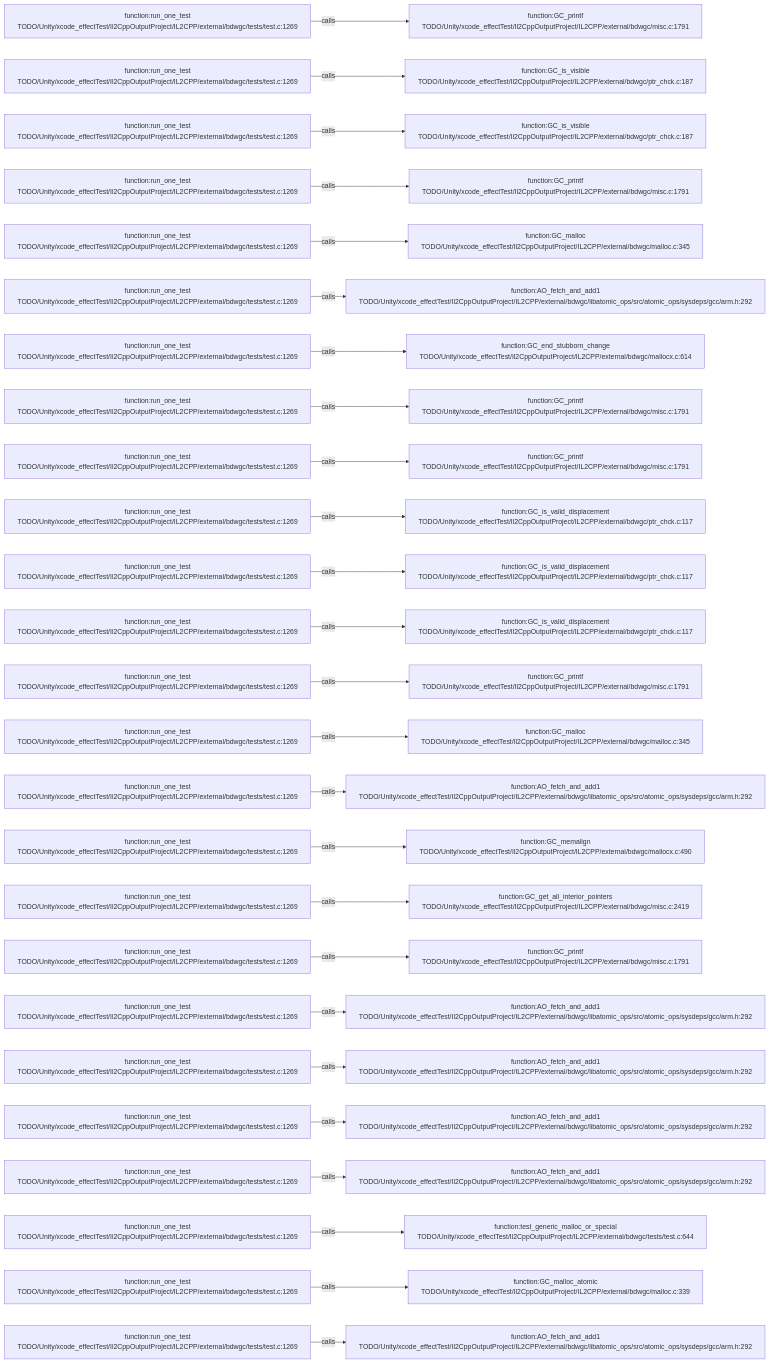
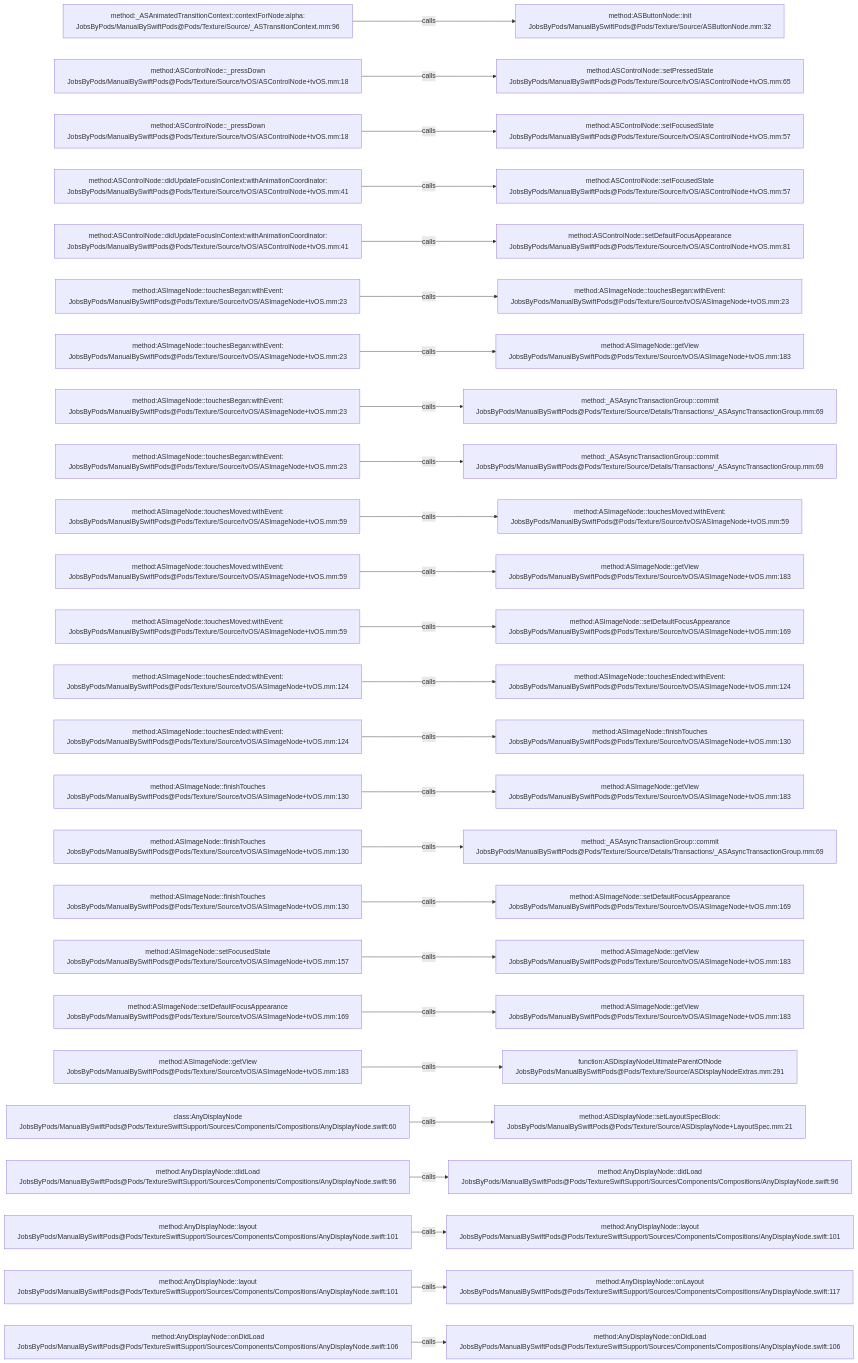
Before and after one commit to JobsKits/JobsSwiftBaseConfigDemo: the diagram in .codegraph/codegraph.md/graphs/calls-171.md, drawn with Mermaid. The commit also changed 2959 other files, not shown here.

````diff
--- a/.codegraph/codegraph.md/graphs/calls-171.md
+++ b/.codegraph/codegraph.md/graphs/calls-171.md
@@ -13,78 +13,78 @@
 ```mermaid
 flowchart LR
-  S1["function:run_one_test<br/>TODO/Unity/xcode_effectTest/Il2CppOutputProject/IL2CPP/external/bdwgc/tests/test.c:1269"]
-  T1["function:GC_printf<br/>TODO/Unity/xcode_effectTest/Il2CppOutputProject/IL2CPP/external/bdwgc/misc.c:1791"]
+  S1["method:_ASAnimatedTransitionContext::contextForNode:alpha:<br/>JobsByPods/ManualBySwiftPods@Pods/Texture/Source/_ASTransitionContext.mm:96"]
+  T1["method:ASButtonNode::init<br/>JobsByPods/ManualBySwiftPods@Pods/Texture/Source/ASButtonNode.mm:32"]
   S1 -->|calls| T1
-  S2["function:run_one_test<br/>TODO/Unity/xcode_effectTest/Il2CppOutputProject/IL2CPP/external/bdwgc/tests/test.c:1269"]
-  T2["function:GC_is_visible<br/>TODO/Unity/xcode_effectTest/Il2CppOutputProject/IL2CPP/external/bdwgc/ptr_chck.c:187"]
+  S2["method:ASControlNode::_pressDown<br/>JobsByPods/ManualBySwiftPods@Pods/Texture/Source/tvOS/ASControlNode+tvOS.mm:18"]
+  T2["method:ASControlNode::setPressedState<br/>JobsByPods/ManualBySwiftPods@Pods/Texture/Source/tvOS/ASControlNode+tvOS.mm:65"]
   S2 -->|calls| T2
-  S3["function:run_one_test<br/>TODO/Unity/xcode_effectTest/Il2CppOutputProject/IL2CPP/external/bdwgc/tests/test.c:1269"]
-  T3["function:GC_is_visible<br/>TODO/Unity/xcode_effectTest/Il2CppOutputProject/IL2CPP/external/bdwgc/ptr_chck.c:187"]
+  S3["method:ASControlNode::_pressDown<br/>JobsByPods/ManualBySwiftPods@Pods/Texture/Source/tvOS/ASControlNode+tvOS.mm:18"]
+  T3["method:ASControlNode::setFocusedState<br/>JobsByPods/ManualBySwiftPods@Pods/Texture/Source/tvOS/ASControlNode+tvOS.mm:57"]
   S3 -->|calls| T3
-  S4["function:run_one_test<br/>TODO/Unity/xcode_effectTest/Il2CppOutputProject/IL2CPP/external/bdwgc/tests/test.c:1269"]
-  T4["function:GC_printf<br/>TODO/Unity/xcode_effectTest/Il2CppOutputProject/IL2CPP/external/bdwgc/misc.c:1791"]
+  S4["method:ASControlNode::didUpdateFocusInContext:withAnimationCoordinator:<br/>JobsByPods/ManualBySwiftPods@Pods/Texture/Source/tvOS/ASControlNode+tvOS.mm:41"]
+  T4["method:ASControlNode::setFocusedState<br/>JobsByPods/ManualBySwiftPods@Pods/Texture/Source/tvOS/ASControlNode+tvOS.mm:57"]
   S4 -->|calls| T4
-  S5["function:run_one_test<br/>TODO/Unity/xcode_effectTest/Il2CppOutputProject/IL2CPP/external/bdwgc/tests/test.c:1269"]
-  T5["function:GC_malloc<br/>TODO/Unity/xcode_effectTest/Il2CppOutputProject/IL2CPP/external/bdwgc/malloc.c:345"]
+  S5["method:ASControlNode::didUpdateFocusInContext:withAnimationCoordinator:<br/>JobsByPods/ManualBySwiftPods@Pods/Texture/Source/tvOS/ASControlNode+tvOS.mm:41"]
+  T5["method:ASControlNode::setDefaultFocusAppearance<br/>JobsByPods/ManualBySwiftPods@Pods/Texture/Source/tvOS/ASControlNode+tvOS.mm:81"]
   S5 -->|calls| T5
-  S6["function:run_one_test<br/>TODO/Unity/xcode_effectTest/Il2CppOutputProject/IL2CPP/external/bdwgc/tests/test.c:1269"]
-  T6["function:AO_fetch_and_add1<br/>TODO/Unity/xcode_effectTest/Il2CppOutputProject/IL2CPP/external/bdwgc/libatomic_ops/src/atomic_ops/sysdeps/gcc/arm.h:292"]
+  S6["method:ASImageNode::touchesBegan:withEvent:<br/>JobsByPods/ManualBySwiftPods@Pods/Texture/Source/tvOS/ASImageNode+tvOS.mm:23"]
+  T6["method:ASImageNode::touchesBegan:withEvent:<br/>JobsByPods/ManualBySwiftPods@Pods/Texture/Source/tvOS/ASImageNode+tvOS.mm:23"]
   S6 -->|calls| T6
-  S7["function:run_one_test<br/>TODO/Unity/xcode_effectTest/Il2CppOutputProject/IL2CPP/external/bdwgc/tests/test.c:1269"]
-  T7["function:GC_end_stubborn_change<br/>TODO/Unity/xcode_effectTest/Il2CppOutputProject/IL2CPP/external/bdwgc/mallocx.c:614"]
+  S7["method:ASImageNode::touchesBegan:withEvent:<br/>JobsByPods/ManualBySwiftPods@Pods/Texture/Source/tvOS/ASImageNode+tvOS.mm:23"]
+  T7["method:ASImageNode::getView<br/>JobsByPods/ManualBySwiftPods@Pods/Texture/Source/tvOS/ASImageNode+tvOS.mm:183"]
   S7 -->|calls| T7
-  S8["function:run_one_test<br/>TODO/Unity/xcode_effectTest/Il2CppOutputProject/IL2CPP/external/bdwgc/tests/test.c:1269"]
-  T8["function:GC_printf<br/>TODO/Unity/xcode_effectTest/Il2CppOutputProject/IL2CPP/external/bdwgc/misc.c:1791"]
+  S8["method:ASImageNode::touchesBegan:withEvent:<br/>JobsByPods/ManualBySwiftPods@Pods/Texture/Source/tvOS/ASImageNode+tvOS.mm:23"]
+  T8["method:_ASAsyncTransactionGroup::commit<br/>JobsByPods/ManualBySwiftPods@Pods/Texture/Source/Details/Transactions/_ASAsyncTransactionGroup.mm:69"]
   S8 -->|calls| T8
-  S9["function:run_one_test<br/>TODO/Unity/xcode_effectTest/Il2CppOutputProject/IL2CPP/external/bdwgc/tests/test.c:1269"]
-  T9["function:GC_printf<br/>TODO/Unity/xcode_effectTest/Il2CppOutputProject/IL2CPP/external/bdwgc/misc.c:1791"]
+  S9["method:ASImageNode::touchesBegan:withEvent:<br/>JobsByPods/ManualBySwiftPods@Pods/Texture/Source/tvOS/ASImageNode+tvOS.mm:23"]
+  T9["method:_ASAsyncTransactionGroup::commit<br/>JobsByPods/ManualBySwiftPods@Pods/Texture/Source/Details/Transactions/_ASAsyncTransactionGroup.mm:69"]
   S9 -->|calls| T9
-  S10["function:run_one_test<br/>TODO/Unity/xcode_effectTest/Il2CppOutputProject/IL2CPP/external/bdwgc/tests/test.c:1269"]
-  T10["function:GC_is_valid_displacement<br/>TODO/Unity/xcode_effectTest/Il2CppOutputProject/IL2CPP/external/bdwgc/ptr_chck.c:117"]
+  S10["method:ASImageNode::touchesMoved:withEvent:<br/>JobsByPods/ManualBySwiftPods@Pods/Texture/Source/tvOS/ASImageNode+tvOS.mm:59"]
+  T10["method:ASImageNode::touchesMoved:withEvent:<br/>JobsByPods/ManualBySwiftPods@Pods/Texture/Source/tvOS/ASImageNode+tvOS.mm:59"]
   S10 -->|calls| T10
-  S11["function:run_one_test<br/>TODO/Unity/xcode_effectTest/Il2CppOutputProject/IL2CPP/external/bdwgc/tests/test.c:1269"]
-  T11["function:GC_is_valid_displacement<br/>TODO/Unity/xcode_effectTest/Il2CppOutputProject/IL2CPP/external/bdwgc/ptr_chck.c:117"]
+  S11["method:ASImageNode::touchesMoved:withEvent:<br/>JobsByPods/ManualBySwiftPods@Pods/Texture/Source/tvOS/ASImageNode+tvOS.mm:59"]
+  T11["method:ASImageNode::getView<br/>JobsByPods/ManualBySwiftPods@Pods/Texture/Source/tvOS/ASImageNode+tvOS.mm:183"]
   S11 -->|calls| T11
-  S12["function:run_one_test<br/>TODO/Unity/xcode_effectTest/Il2CppOutputProject/IL2CPP/external/bdwgc/tests/test.c:1269"]
-  T12["function:GC_is_valid_displacement<br/>TODO/Unity/xcode_effectTest/Il2CppOutputProject/IL2CPP/external/bdwgc/ptr_chck.c:117"]
+  S12["method:ASImageNode::touchesMoved:withEvent:<br/>JobsByPods/ManualBySwiftPods@Pods/Texture/Source/tvOS/ASImageNode+tvOS.mm:59"]
+  T12["method:ASImageNode::setDefaultFocusAppearance<br/>JobsByPods/ManualBySwiftPods@Pods/Texture/Source/tvOS/ASImageNode+tvOS.mm:169"]
   S12 -->|calls| T12
-  S13["function:run_one_test<br/>TODO/Unity/xcode_effectTest/Il2CppOutputProject/IL2CPP/external/bdwgc/tests/test.c:1269"]
-  T13["function:GC_printf<br/>TODO/Unity/xcode_effectTest/Il2CppOutputProject/IL2CPP/external/bdwgc/misc.c:1791"]
+  S13["method:ASImageNode::touchesEnded:withEvent:<br/>JobsByPods/ManualBySwiftPods@Pods/Texture/Source/tvOS/ASImageNode+tvOS.mm:124"]
+  T13["method:ASImageNode::touchesEnded:withEvent:<br/>JobsByPods/ManualBySwiftPods@Pods/Texture/Source/tvOS/ASImageNode+tvOS.mm:124"]
   S13 -->|calls| T13
-  S14["function:run_one_test<br/>TODO/Unity/xcode_effectTest/Il2CppOutputProject/IL2CPP/external/bdwgc/tests/test.c:1269"]
-  T14["function:GC_malloc<br/>TODO/Unity/xcode_effectTest/Il2CppOutputProject/IL2CPP/external/bdwgc/malloc.c:345"]
+  S14["method:ASImageNode::touchesEnded:withEvent:<br/>JobsByPods/ManualBySwiftPods@Pods/Texture/Source/tvOS/ASImageNode+tvOS.mm:124"]
+  T14["method:ASImageNode::finishTouches<br/>JobsByPods/ManualBySwiftPods@Pods/Texture/Source/tvOS/ASImageNode+tvOS.mm:130"]
   S14 -->|calls| T14
-  S15["function:run_one_test<br/>TODO/Unity/xcode_effectTest/Il2CppOutputProject/IL2CPP/external/bdwgc/tests/test.c:1269"]
-  T15["function:AO_fetch_and_add1<br/>TODO/Unity/xcode_effectTest/Il2CppOutputProject/IL2CPP/external/bdwgc/libatomic_ops/src/atomic_ops/sysdeps/gcc/arm.h:292"]
+  S15["method:ASImageNode::finishTouches<br/>JobsByPods/ManualBySwiftPods@Pods/Texture/Source/tvOS/ASImageNode+tvOS.mm:130"]
+  T15["method:ASImageNode::getView<br/>JobsByPods/ManualBySwiftPods@Pods/Texture/Source/tvOS/ASImageNode+tvOS.mm:183"]
   S15 -->|calls| T15
-  S16["function:run_one_test<br/>TODO/Unity/xcode_effectTest/Il2CppOutputProject/IL2CPP/external/bdwgc/tests/test.c:1269"]
-  T16["function:GC_memalign<br/>TODO/Unity/xcode_effectTest/Il2CppOutputProject/IL2CPP/external/bdwgc/mallocx.c:490"]
+  S16["method:ASImageNode::finishTouches<br/>JobsByPods/ManualBySwiftPods@Pods/Texture/Source/tvOS/ASImageNode+tvOS.mm:130"]
+  T16["method:_ASAsyncTransactionGroup::commit<br/>JobsByPods/ManualBySwiftPods@Pods/Texture/Source/Details/Transactions/_ASAsyncTransactionGroup.mm:69"]
   S16 -->|calls| T16
-  S17["function:run_one_test<br/>TODO/Unity/xcode_effectTest/Il2CppOutputProject/IL2CPP/external/bdwgc/tests/test.c:1269"]
-  T17["function:GC_get_all_interior_pointers<br/>TODO/Unity/xcode_effectTest/Il2CppOutputProject/IL2CPP/external/bdwgc/misc.c:2419"]
+  S17["method:ASImageNode::finishTouches<br/>JobsByPods/ManualBySwiftPods@Pods/Texture/Source/tvOS/ASImageNode+tvOS.mm:130"]
+  T17["method:ASImageNode::setDefaultFocusAppearance<br/>JobsByPods/ManualBySwiftPods@Pods/Texture/Source/tvOS/ASImageNode+tvOS.mm:169"]
   S17 -->|calls| T17
-  S18["function:run_one_test<br/>TODO/Unity/xcode_effectTest/Il2CppOutputProject/IL2CPP/external/bdwgc/tests/test.c:1269"]
-  T18["function:GC_printf<br/>TODO/Unity/xcode_effectTest/Il2CppOutputProject/IL2CPP/external/bdwgc/misc.c:1791"]
+  S18["method:ASImageNode::setFocusedState<br/>JobsByPods/ManualBySwiftPods@Pods/Texture/Source/tvOS/ASImageNode+tvOS.mm:157"]
+  T18["method:ASImageNode::getView<br/>JobsByPods/ManualBySwiftPods@Pods/Texture/Source/tvOS/ASImageNode+tvOS.mm:183"]
   S18 -->|calls| T18
-  S19["function:run_one_test<br/>TODO/Unity/xcode_effectTest/Il2CppOutputProject/IL2CPP/external/bdwgc/tests/test.c:1269"]
-  T19["function:AO_fetch_and_add1<br/>TODO/Unity/xcode_effectTest/Il2CppOutputProject/IL2CPP/external/bdwgc/libatomic_ops/src/atomic_ops/sysdeps/gcc/arm.h:292"]
+  S19["method:ASImageNode::setDefaultFocusAppearance<br/>JobsByPods/ManualBySwiftPods@Pods/Texture/Source/tvOS/ASImageNode+tvOS.mm:169"]
+  T19["method:ASImageNode::getView<br/>JobsByPods/ManualBySwiftPods@Pods/Texture/Source/tvOS/ASImageNode+tvOS.mm:183"]
   S19 -->|calls| T19
-  S20["function:run_one_test<br/>TODO/Unity/xcode_effectTest/Il2CppOutputProject/IL2CPP/external/bdwgc/tests/test.c:1269"]
-  T20["function:AO_fetch_and_add1<br/>TODO/Unity/xcode_effectTest/Il2CppOutputProject/IL2CPP/external/bdwgc/libatomic_ops/src/atomic_ops/sysdeps/gcc/arm.h:292"]
+  S20["method:ASImageNode::getView<br/>JobsByPods/ManualBySwiftPods@Pods/Texture/Source/tvOS/ASImageNode+tvOS.mm:183"]
+  T20["function:ASDisplayNodeUltimateParentOfNode<br/>JobsByPods/ManualBySwiftPods@Pods/Texture/Source/ASDisplayNodeExtras.mm:291"]
   S20 -->|calls| T20
-  S21["function:run_one_test<br/>TODO/Unity/xcode_effectTest/Il2CppOutputProject/IL2CPP/external/bdwgc/tests/test.c:1269"]
-  T21["function:AO_fetch_and_add1<br/>TODO/Unity/xcode_effectTest/Il2CppOutputProject/IL2CPP/external/bdwgc/libatomic_ops/src/atomic_ops/sysdeps/gcc/arm.h:292"]
+  S21["class:AnyDisplayNode<br/>JobsByPods/ManualBySwiftPods@Pods/TextureSwiftSupport/Sources/Components/Compositions/AnyDisplayNode.swift:60"]
+  T21["method:ASDisplayNode::setLayoutSpecBlock:<br/>JobsByPods/ManualBySwiftPods@Pods/Texture/Source/ASDisplayNode+LayoutSpec.mm:21"]
   S21 -->|calls| T21
-  S22["function:run_one_test<br/>TODO/Unity/xcode_effectTest/Il2CppOutputProject/IL2CPP/external/bdwgc/tests/test.c:1269"]
-  T22["function:AO_fetch_and_add1<br/>TODO/Unity/xcode_effectTest/Il2CppOutputProject/IL2CPP/external/bdwgc/libatomic_ops/src/atomic_ops/sysdeps/gcc/arm.h:292"]
+  S22["method:AnyDisplayNode::didLoad<br/>JobsByPods/ManualBySwiftPods@Pods/TextureSwiftSupport/Sources/Components/Compositions/AnyDisplayNode.swift:96"]
+  T22["method:AnyDisplayNode::didLoad<br/>JobsByPods/ManualBySwiftPods@Pods/TextureSwiftSupport/Sources/Components/Compositions/AnyDisplayNode.swift:96"]
   S22 -->|calls| T22
-  S23["function:run_one_test<br/>TODO/Unity/xcode_effectTest/Il2CppOutputProject/IL2CPP/external/bdwgc/tests/test.c:1269"]
-  T23["function:test_generic_malloc_or_special<br/>TODO/Unity/xcode_effectTest/Il2CppOutputProject/IL2CPP/external/bdwgc/tests/test.c:644"]
+  S23["method:AnyDisplayNode::layout<br/>JobsByPods/ManualBySwiftPods@Pods/TextureSwiftSupport/Sources/Components/Compositions/AnyDisplayNode.swift:101"]
+  T23["method:AnyDisplayNode::layout<br/>JobsByPods/ManualBySwiftPods@Pods/TextureSwiftSupport/Sources/Components/Compositions/AnyDisplayNode.swift:101"]
   S23 -->|calls| T23
-  S24["function:run_one_test<br/>TODO/Unity/xcode_effectTest/Il2CppOutputProject/IL2CPP/external/bdwgc/tests/test.c:1269"]
-  T24["function:GC_malloc_atomic<br/>TODO/Unity/xcode_effectTest/Il2CppOutputProject/IL2CPP/external/bdwgc/malloc.c:339"]
+  S24["method:AnyDisplayNode::layout<br/>JobsByPods/ManualBySwiftPods@Pods/TextureSwiftSupport/Sources/Components/Compositions/AnyDisplayNode.swift:101"]
+  T24["method:AnyDisplayNode::onLayout<br/>JobsByPods/ManualBySwiftPods@Pods/TextureSwiftSupport/Sources/Components/Compositions/AnyDisplayNode.swift:117"]
   S24 -->|calls| T24
-  S25["function:run_one_test<br/>TODO/Unity/xcode_effectTest/Il2CppOutputProject/IL2CPP/external/bdwgc/tests/test.c:1269"]
-  T25["function:AO_fetch_and_add1<br/>TODO/Unity/xcode_effectTest/Il2CppOutputProject/IL2CPP/external/bdwgc/libatomic_ops/src/atomic_ops/sysdeps/gcc/arm.h:292"]
+  S25["method:AnyDisplayNode::onDidLoad<br/>JobsByPods/ManualBySwiftPods@Pods/TextureSwiftSupport/Sources/Components/Compositions/AnyDisplayNode.swift:106"]
+  T25["method:AnyDisplayNode::onDidLoad<br/>JobsByPods/ManualBySwiftPods@Pods/TextureSwiftSupport/Sources/Components/Compositions/AnyDisplayNode.swift:106"]
   S25 -->|calls| T25
 ```
````
